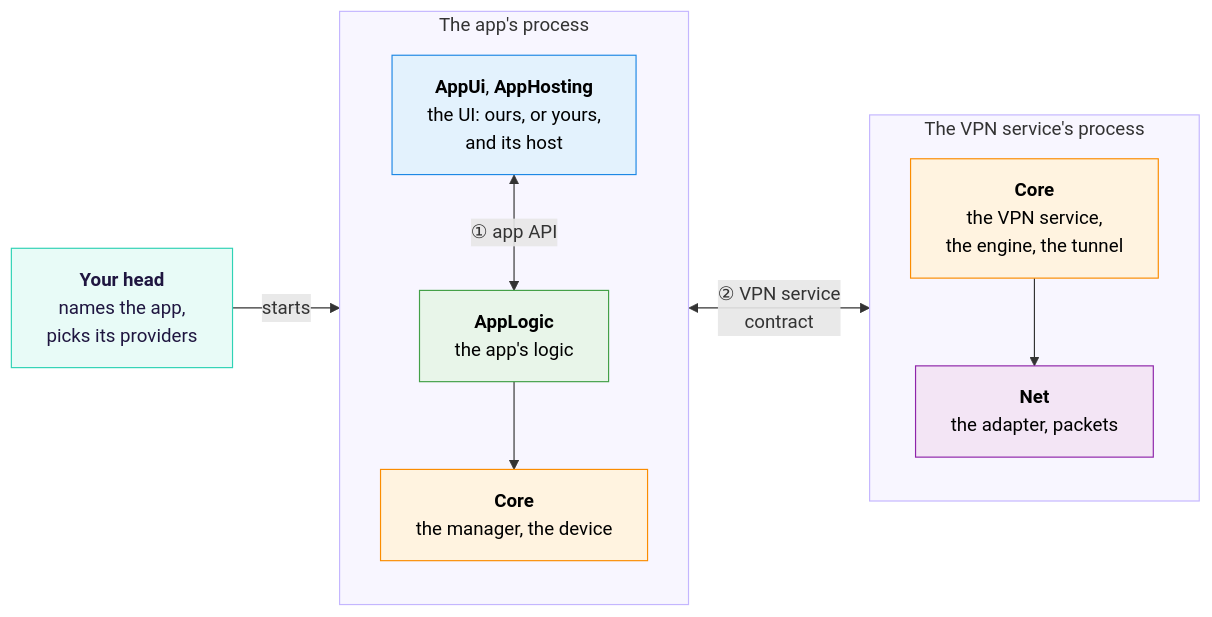
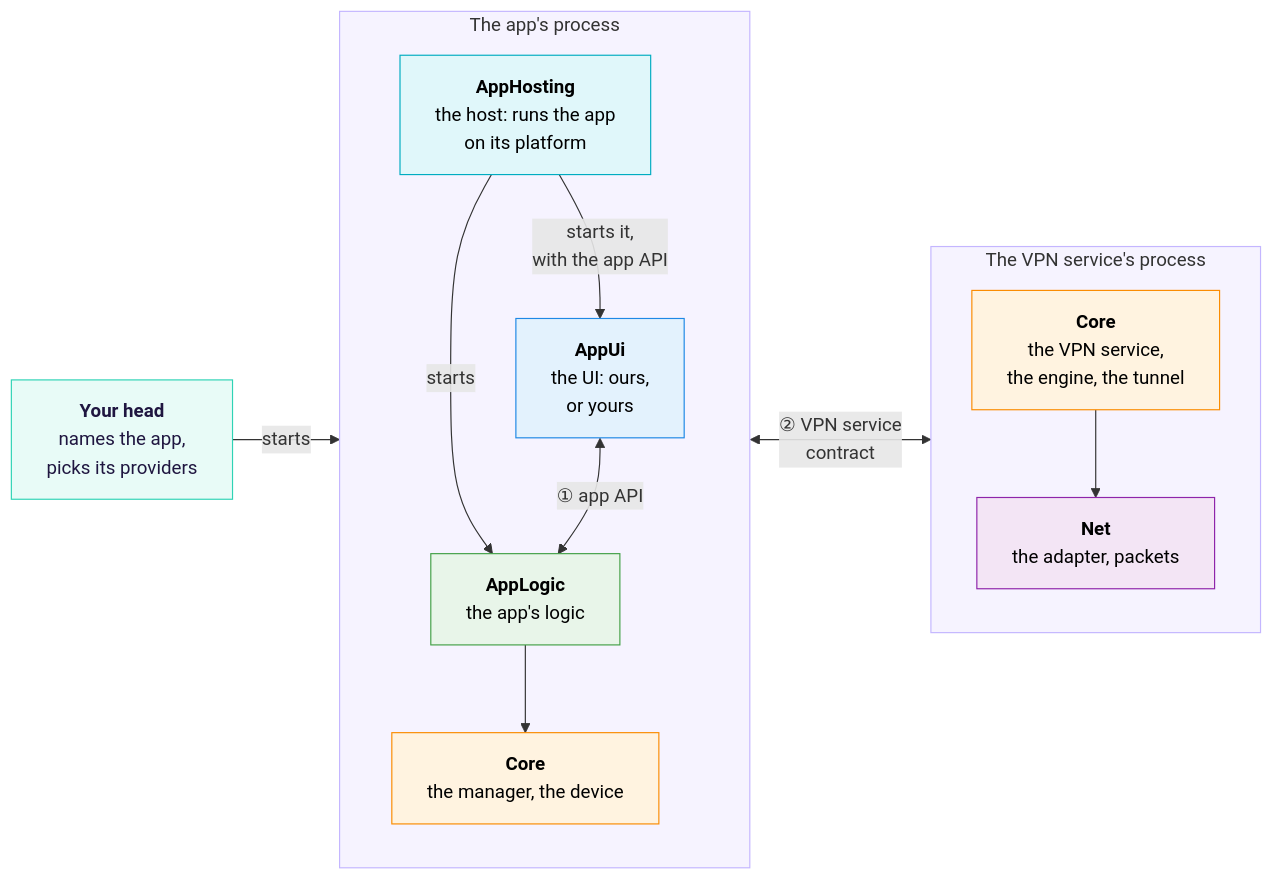
One commit to vpnhood/VpnHood changed the diagram in docs/client-architecture.md. Above: the diagram before and after it, drawn with Mermaid. The commit also changed other lines of this file and 3 other files, not shown here.

````diff
--- a/docs/client-architecture.md
+++ b/docs/client-architecture.md
@@ -9,33 +10,38 @@
 ```mermaid
 flowchart LR
     HEAD["<b>Your head</b><br/>names the app,<br/>picks its providers"]
     subgraph APPSIDE["The app's process"]
         direction TB
-        UI["<b>AppUi</b>, <b>AppHosting</b><br/>the UI: ours, or yours,<br/>and its host"]
+        HOST["<b>AppHosting</b><br/>the host: runs the app<br/>on its platform"]
+        UI["<b>AppUi</b><br/>the UI: ours,<br/>or yours"]
         APP["<b>AppLogic</b><br/>the app's logic"]
         DEV["<b>Core</b><br/>the manager, the device"]
+        HOST -->|"starts it,<br/>with the app API"| UI
+        HOST -->|starts| APP
         UI <-->|"① app API"| APP
         APP --> DEV
     end
     subgraph SVCSIDE["The VPN service's process"]
         direction TB
         VPN["<b>Core</b><br/>the VPN service,<br/>the engine, the tunnel"]
         NET["<b>Net</b><br/>the adapter, packets"]
         VPN --> NET
     end
-    HEAD -->|starts| APPSIDE
+    HEAD -->|starts| HOST
     DEV <-->|"② VPN service<br/>contract"| VPN
 
-    style APPSIDE fill:#f8f6ff,stroke:#c4b6ff
-    style SVCSIDE fill:#f8f6ff,stroke:#c4b6ff
+    style APPSIDE fill:#7b5cff12,stroke:#c4b6ff
+    style SVCSIDE fill:#7b5cff12,stroke:#c4b6ff
     classDef head fill:#e8fbf7,stroke:#2fd3b5,color:#1f1640
     classDef appUi fill:#e3f2fd,stroke:#1e88e5,color:#000
-    classDef appLib fill:#e8f5e9,stroke:#43a047,color:#000
+    classDef appHosting fill:#e0f7fa,stroke:#00acc1,color:#000
+    classDef appLogic fill:#e8f5e9,stroke:#43a047,color:#000
     classDef core fill:#fff3e0,stroke:#fb8c00,color:#000
     classDef net fill:#f3e5f5,stroke:#8e24aa,color:#000
     class HEAD head
     class UI appUi
-    class APP appLib
+    class HOST appHosting
+    class APP appLogic
     class DEV,VPN core
     class NET net
 ```
````
